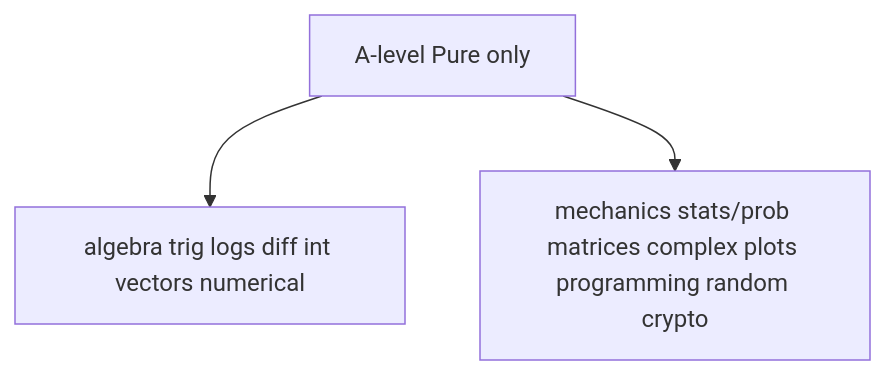
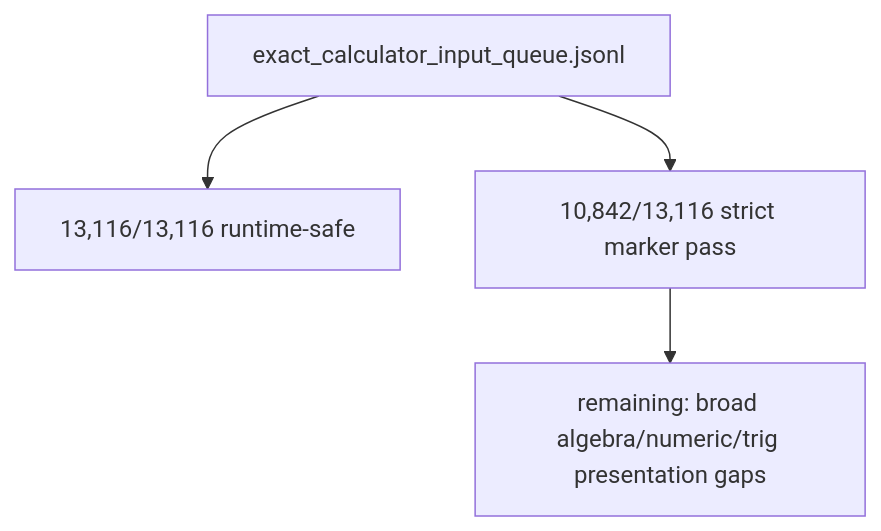
Before and after one commit to james8464/notes-addin-casio-fx-cg50: the fifth of 5 diagrams in docs/GRAPH.md, drawn with Mermaid. The commit also changed other lines of this file and 349 other files, not shown here.

````diff
--- a/docs/GRAPH.md
+++ b/docs/GRAPH.md
@@ -204,5 +57,6 @@
 ```mermaid
 graph TD
-  Scope["A-level Pure only"] --> Pure["algebra trig logs diff int vectors numerical"]
-  Scope --> Out["mechanics stats/prob matrices complex plots programming random crypto"]
+  Queue["exact_calculator_input_queue.jsonl"] --> Runtime["13,116/13,116 runtime-safe"]
+  Queue --> Strict["10,842/13,116 strict marker pass"]
+  Strict --> Remaining["remaining: broad algebra/numeric/trig presentation gaps"]
 ```
````
